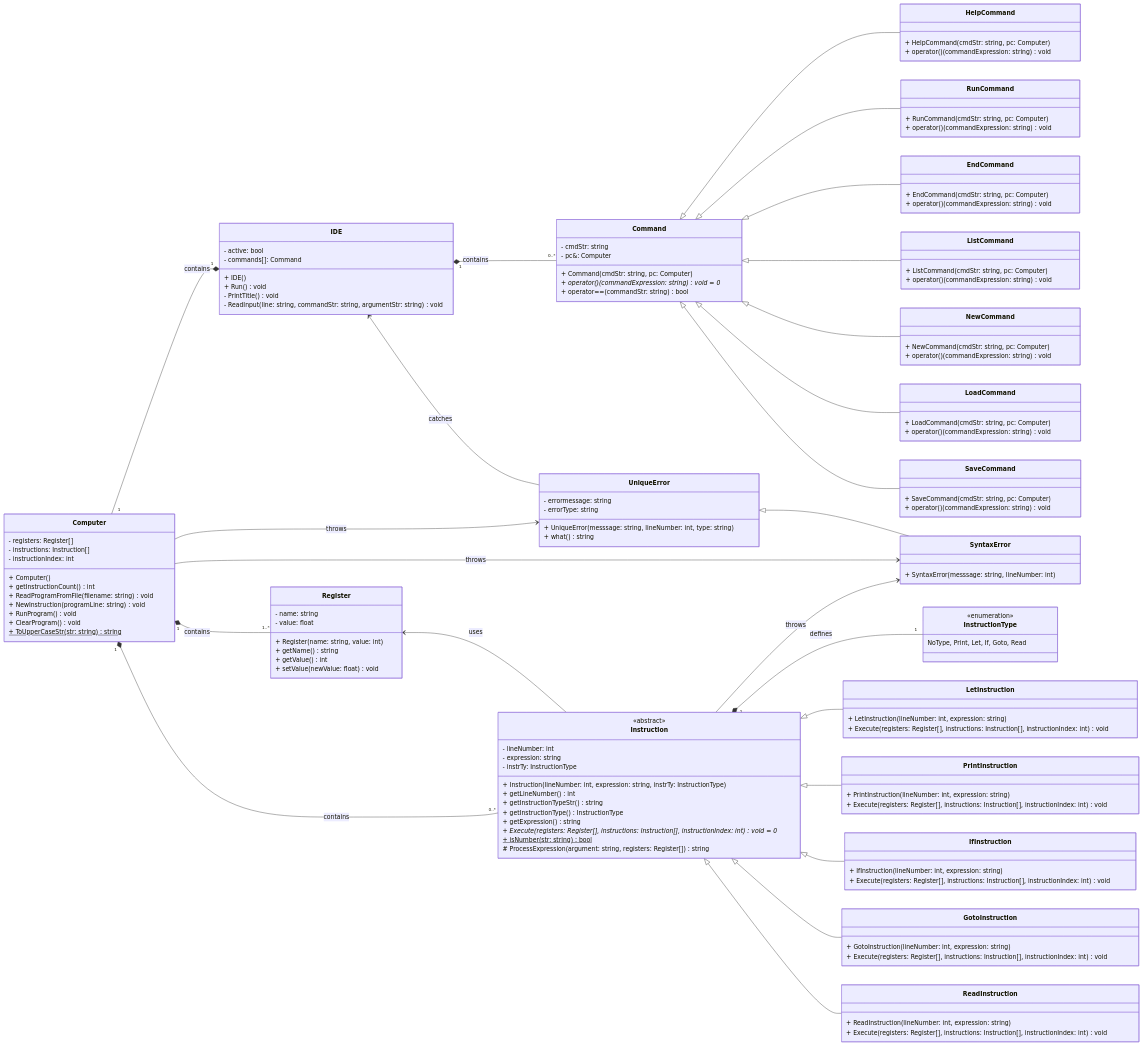
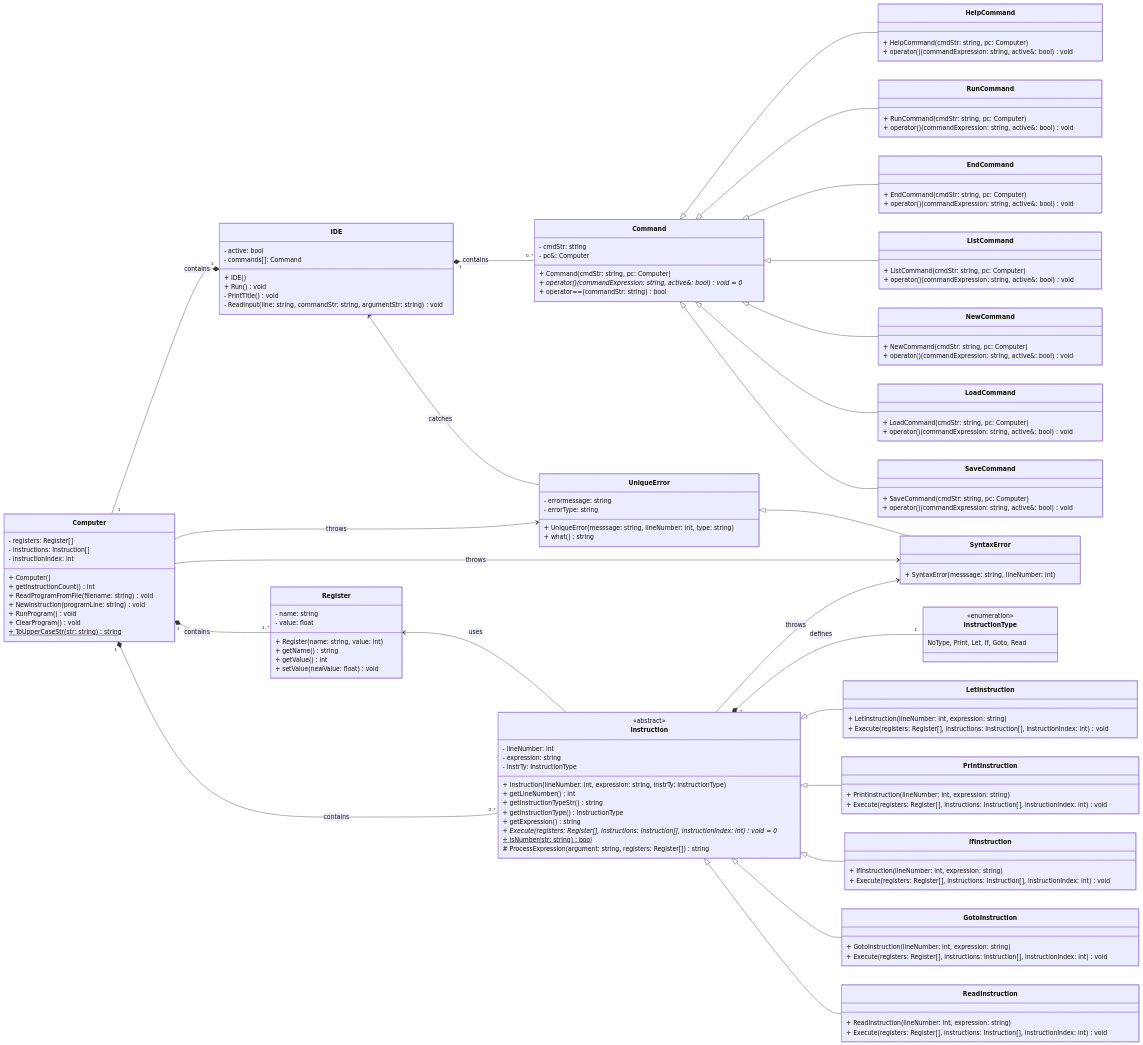
The fourth of 4 diagrams in Documentation/DevDoc.md (Spyro1/Basic-Lite-Interpreter), drawn with Mermaid before and after one commit. The commit also changed other lines of this file, not shown here.

Commit message:
Jporta Submission 1.4: DevDoc: Command and drived classes

```diff
--- a/Documentation/DevDoc.md
+++ b/Documentation/DevDoc.md
@@ -334,36 +441,36 @@
         - cmdStr: string
         - pc&: Computer
         + Command(cmdStr: string, pc: Computer)
-        + operator()(commandExpression: string) void = 0*
+        + operator()(commandExpression: string, active&: bool) void = 0*
         + operator==(commandStr: string) bool
     }
     class HelpCommand{
         + HelpCommand(cmdStr: string, pc: Computer)
-        + operator()(commandExpression: string) void
+        + operator()(commandExpression: string, active&: bool) void
     }
     class RunCommand{
         + RunCommand(cmdStr: string, pc: Computer)
-        + operator()(commandExpression: string) void
+        + operator()(commandExpression: string, active&: bool) void
     }
     class EndCommand{
         + EndCommand(cmdStr: string, pc: Computer)
-        + operator()(commandExpression: string) void
+        + operator()(commandExpression: string, active&: bool) void
     }
     class ListCommand{
         + ListCommand(cmdStr: string, pc: Computer)
-        + operator()(commandExpression: string) void
+        + operator()(commandExpression: string, active&: bool) void
     }
     class NewCommand{
         + NewCommand(cmdStr: string, pc: Computer)
-        + operator()(commandExpression: string) void
+        + operator()(commandExpression: string, active&: bool) void
     }
     class LoadCommand{
         + LoadCommand(cmdStr: string, pc: Computer)
-        + operator()(commandExpression: string) void
+        + operator()(commandExpression: string, active&: bool) void
     }
     class SaveCommand{
         + SaveCommand(cmdStr: string, pc: Computer)
-        + operator()(commandExpression: string) void
+        + operator()(commandExpression: string, active&: bool) void
     }
     class UniqueError{
         - errormessage: string
```
